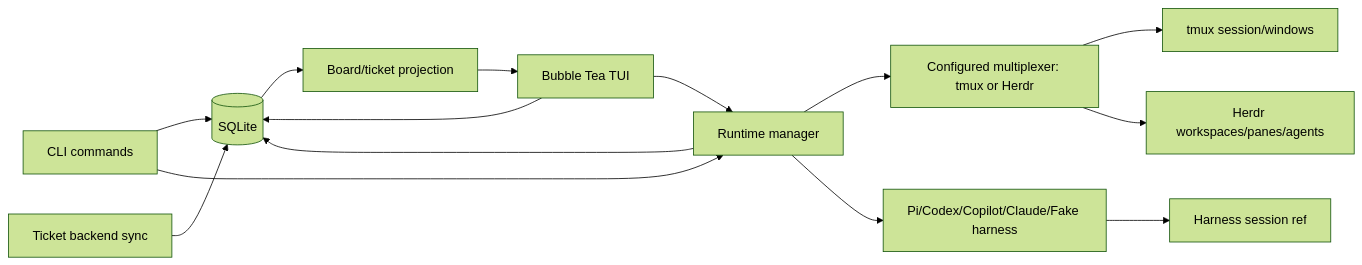
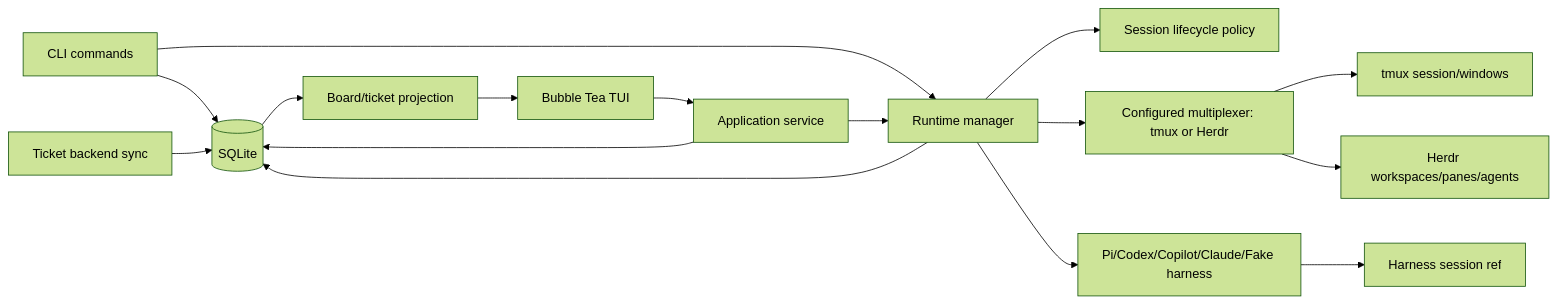
Before and after one commit to carlotran4/kanbi: the first of 5 diagrams in docs/architecture.md, drawn with Mermaid (forest theme). The commit also changed other lines of this file and 42 other files, not shown here.

Commit message:
Refactor application and runtime boundaries

````diff
--- a/docs/architecture.md
+++ b/docs/architecture.md
@@ -7,16 +7,18 @@
 ```mermaid
 flowchart LR
-    CLI[CLI commands] --> Store[(SQLite)]
-    TUI[Bubble Tea TUI] --> Store
-    TUI --> Manager[Runtime manager]
+    CLI[CLI commands] --> Store
     CLI --> Manager
+    TUI[Bubble Tea TUI] --> App[Application service]
+    App --> Store[(SQLite)]
+    App --> Manager[Runtime manager]
+    Manager --> Policy[Session lifecycle policy]
     Manager --> Mux[Configured multiplexer: tmux or Herdr]
     Mux --> Tmux[tmux session/windows]
     Mux --> Herdr[Herdr workspaces/panes/agents]
     Manager --> Harness[Pi/Codex/Copilot/Claude/Fake harness]
     Harness --> Ref[Harness session ref]
     Manager --> Store
     Store --> Projection[Board/ticket projection]
     Projection --> TUI
     Sync[Ticket backend sync] --> Store
 ```
````
